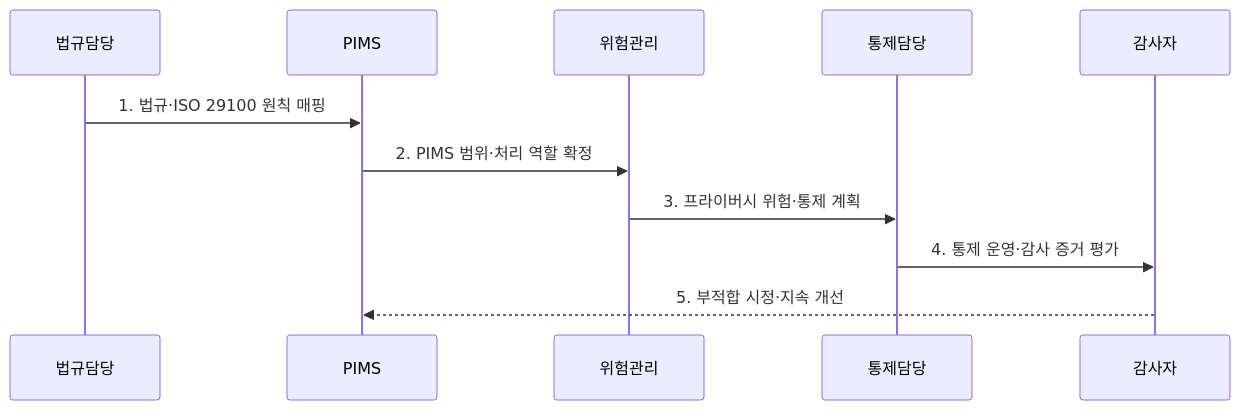
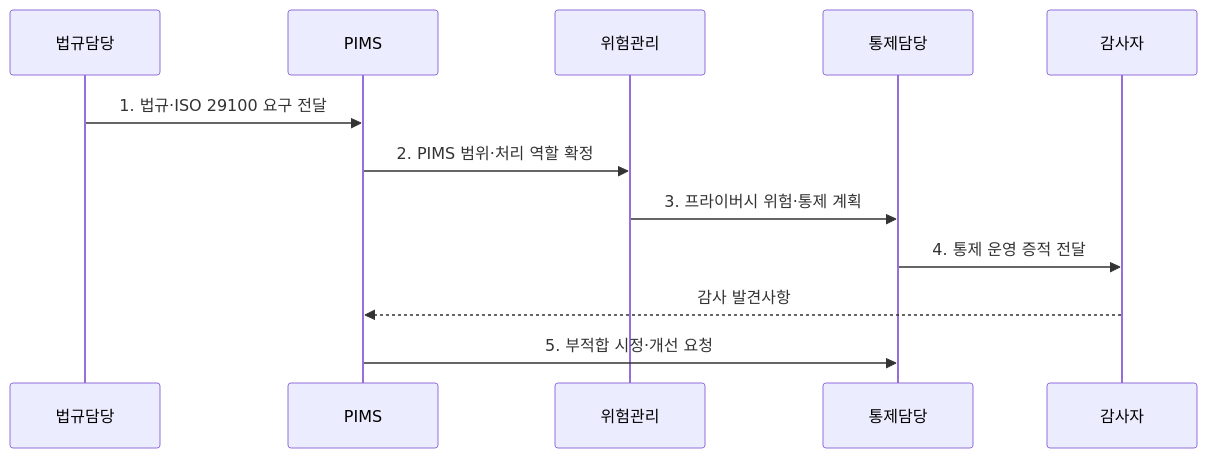
Before and after one commit to agnusdei1207/knowledge-base: the second of 2 diagrams in src/content/docs/notes/05-security/101_iso_29100_iso_27701.md, drawn with Mermaid. The commit also changed other lines of this file and 20 other files, not shown here.

````diff
--- a/src/content/docs/notes/05-security/101_iso_29100_iso_27701.md
+++ b/src/content/docs/notes/05-security/101_iso_29100_iso_27701.md
@@ -81,13 +81,14 @@
 ```mermaid
 sequenceDiagram
   participant L as 법규담당
   participant P as PIMS
   participant R as 위험관리
   participant C as 통제담당
   participant A as 감사자
-  L->>P: 1. 법규·ISO 29100 원칙 매핑
+  L->>P: 1. 법규·ISO 29100 요구 전달
   P->>R: 2. PIMS 범위·처리 역할 확정
   R->>C: 3. 프라이버시 위험·통제 계획
-  C->>A: 4. 통제 운영·감사 증거 평가
-  A-->>P: 5. 부적합 시정·지속 개선
+  C->>A: 4. 통제 운영 증적 전달
+  A-->>P: 감사 발견사항
+  P->>C: 5. 부적합 시정·개선 요청
 ```
````
